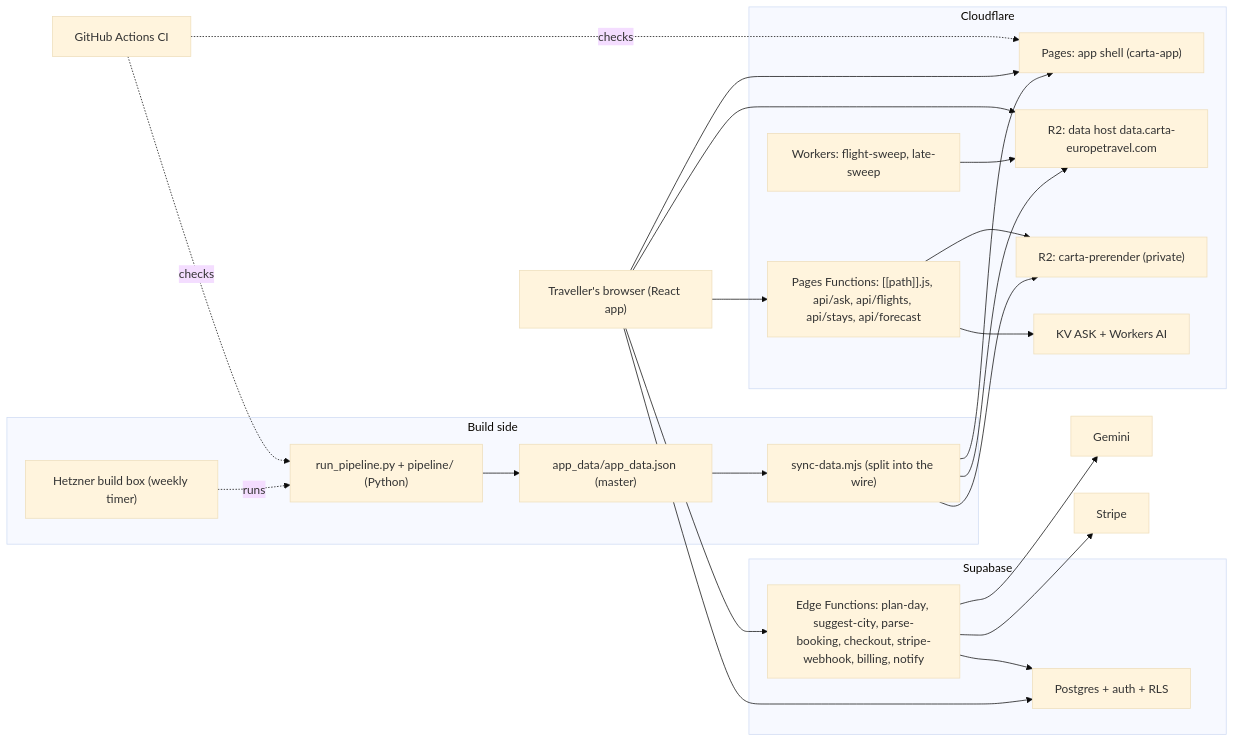
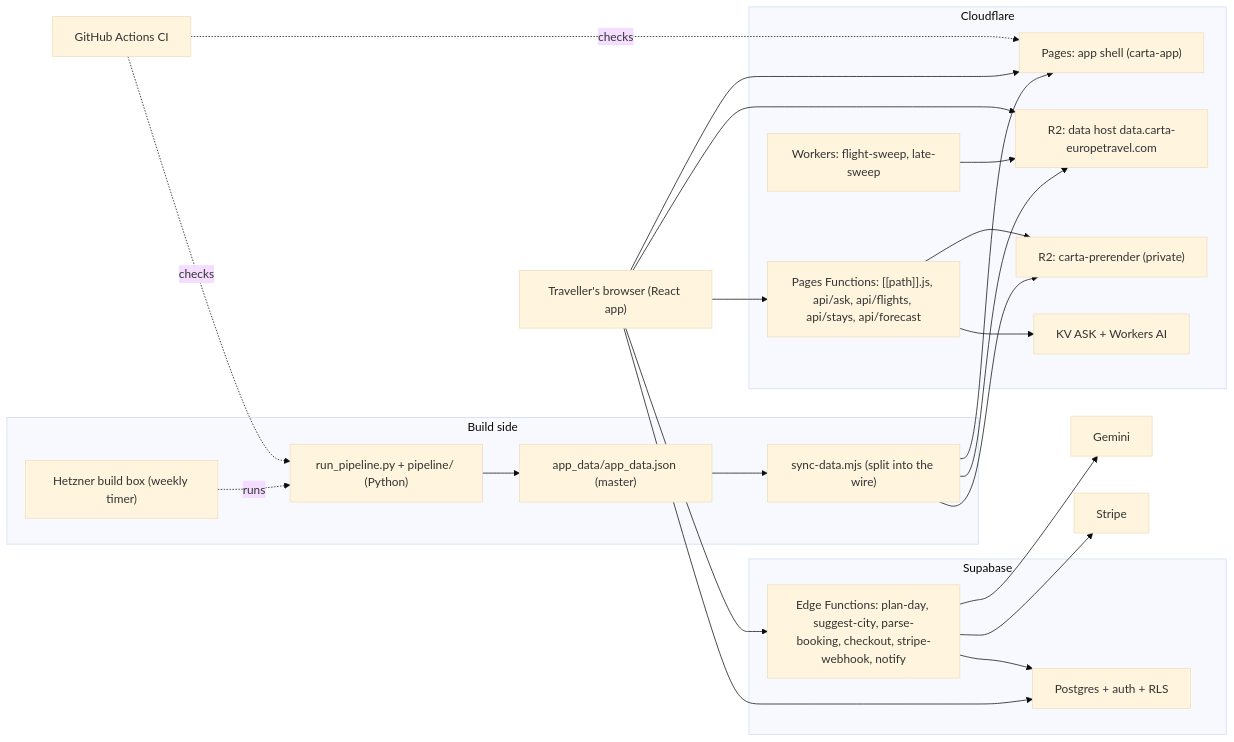
The diagram in docs/architecture/README.md (basvn123/carta-travel-app), drawn with Mermaid (base theme) before and after one commit. The commit also changed other lines of this file and 73 other files, not shown here.

First line of the commit message:
Owner sweep round 2: Year Pass one-off checkout, ground offer, G14 header, stays schema, owner files sorted (I-f, H14, G14, D22, E6, A3)

````diff
--- a/docs/architecture/README.md
+++ b/docs/architecture/README.md
@@ -7,42 +7,42 @@
 ```mermaid
 flowchart LR
   subgraph Build["Build side"]
     PIPE["run_pipeline.py + pipeline/ (Python)"]
     MASTER["app_data/app_data.json (master)"]
     BOX["Hetzner build box (weekly timer)"]
     SYNC["sync-data.mjs (split into the wire)"]
     PIPE --> MASTER --> SYNC
     BOX -. runs .-> PIPE
   end
   subgraph Edge["Cloudflare"]
     PAGES["Pages: app shell (carta-app)"]
     FN["Pages Functions: [[path]].js, api/ask, api/flights, api/stays, api/forecast"]
     R2D["R2: data host data.carta-europetravel.com"]
     R2P["R2: carta-prerender (private)"]
     KV["KV ASK + Workers AI"]
     WK["Workers: flight-sweep, late-sweep"]
   end
   subgraph Supa["Supabase"]
     DB["Postgres + auth + RLS"]
-    EF["Edge Functions: plan-day, suggest-city, parse-booking, checkout, stripe-webhook, billing, notify"]
+    EF["Edge Functions: plan-day, suggest-city, parse-booking, checkout, stripe-webhook, notify"]
   end
   GEM["Gemini"]
   STR["Stripe"]
   USER["Traveller's browser (React app)"]
   SYNC --> R2D
   SYNC --> PAGES
   SYNC --> R2P
   WK --> R2D
   USER --> PAGES
   USER --> R2D
   USER --> FN
   USER --> DB
   USER --> EF
   FN --> R2P
   FN --> KV
   EF --> GEM
   EF --> STR
   EF --> DB
   CI["GitHub Actions CI"] -. checks .-> PIPE
   CI -. checks .-> PAGES
 ```
````
